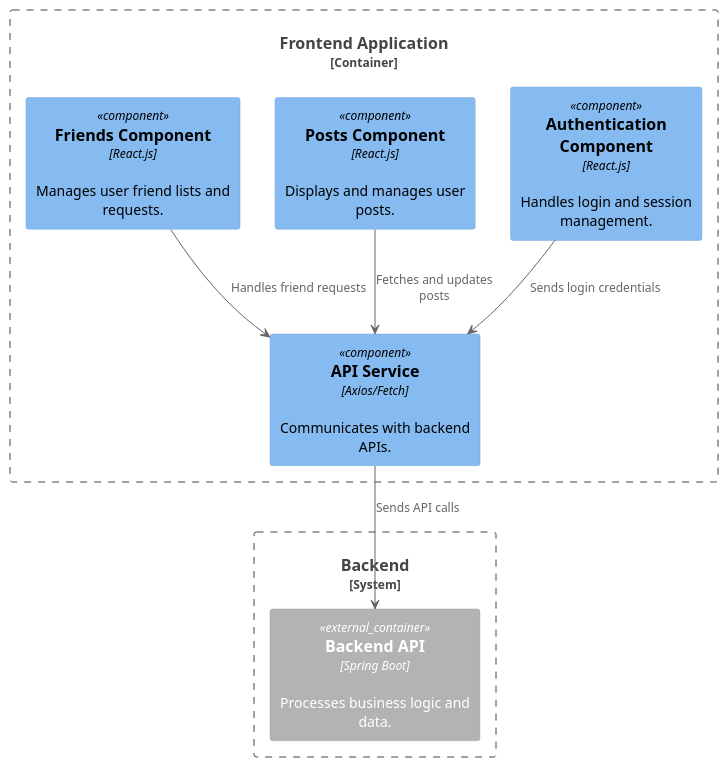
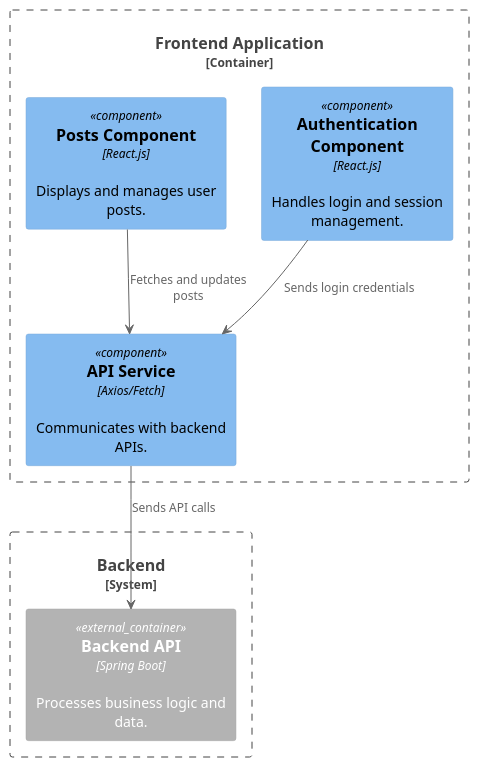
The diagram in Documents/C4/C3(frontEND).puml (AlphaUsername123/individualsocialmedia), drawn with PlantUML before and after one commit. The commit also changed 14 other files, not shown here.

```diff
--- a/Documents/C4/C3(frontEND).puml
+++ b/Documents/C4/C3(frontEND).puml
@@ -1,20 +1,18 @@
 @startuml
 !include <C4/C4_Component>
 
 Container_Boundary(frontend, "Frontend Application") {
     Component(auth, "Authentication Component", "React.js", "Handles login and session management.")
     Component(posts, "Posts Component", "React.js", "Displays and manages user posts.")
-    Component(friends, "Friends Component", "React.js", "Manages user friend lists and requests.")
     Component(apiService, "API Service", "Axios/Fetch", "Communicates with backend APIs.")
 }
 
 System_Boundary(externalSystems, "Backend") {
     Container_Ext(backendApi, "Backend API", "Spring Boot", "Processes business logic and data.")
 }
 
 ' Relationships
 auth -down-> apiService : "Sends login credentials"
 posts -down-> apiService : "Fetches and updates posts"
-friends -down-> apiService : "Handles friend requests"
 apiService -down-> backendApi : "Sends API calls"
 @enduml
```
